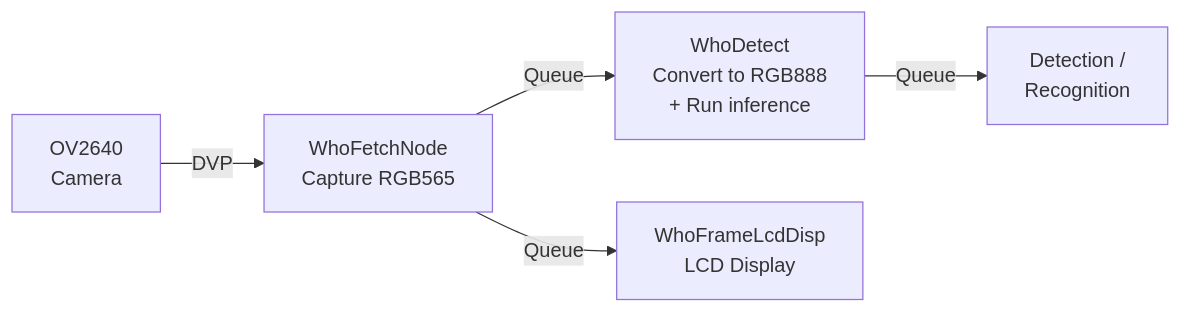
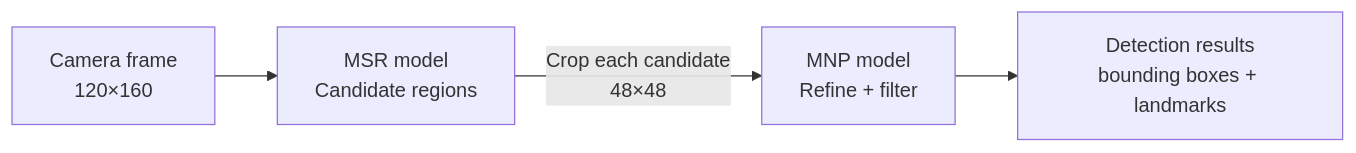
The diagram in content/workshops/edge-ai-with-esp32-s3/assignment-2/index.md (espressif/developer-portal), drawn with Mermaid before and after one commit. The commit also changed other lines of this file and 6 other files, not shown here.

````diff
--- a/content/workshops/edge-ai-with-esp32-s3/assignment-2/index.md
+++ b/content/workshops/edge-ai-with-esp32-s3/assignment-2/index.md
@@ -65,7 +41,6 @@
 ```mermaid
 graph LR
-    A[OV2640\nCamera] -->|DVP| B[WhoFetchNode\nCapture RGB565]
-    B -->|Queue| C[WhoDetect\nConvert to RGB888\n+ Run inference]
-    C -->|Queue| D[Detection /\nRecognition]
-    B -->|Queue| E[WhoFrameLcdDisp\nLCD Display]
+    A[Camera frame\n120×160] --> B[MSR model\nCandidate regions]
+    B -->|Crop each candidate\n48×48| C[MNP model\nRefine + filter]
+    C --> D[Detection results\nbounding boxes + landmarks]
 ```
````
